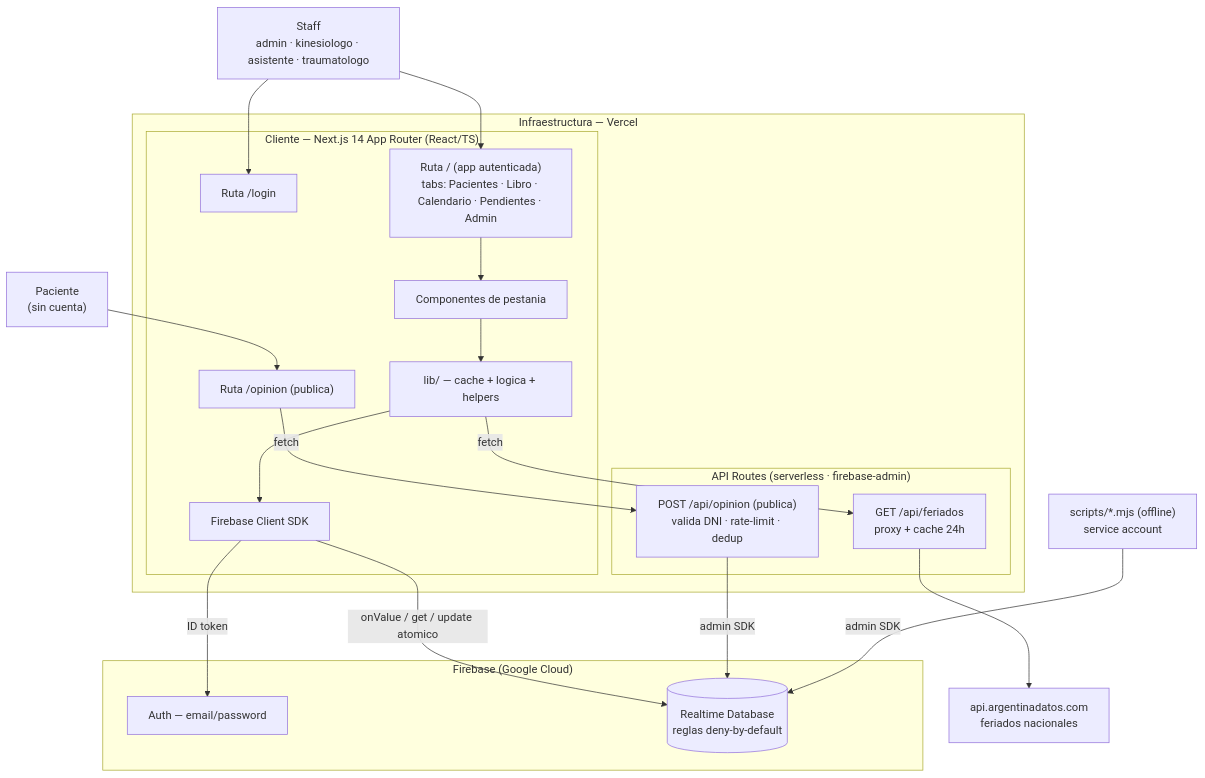
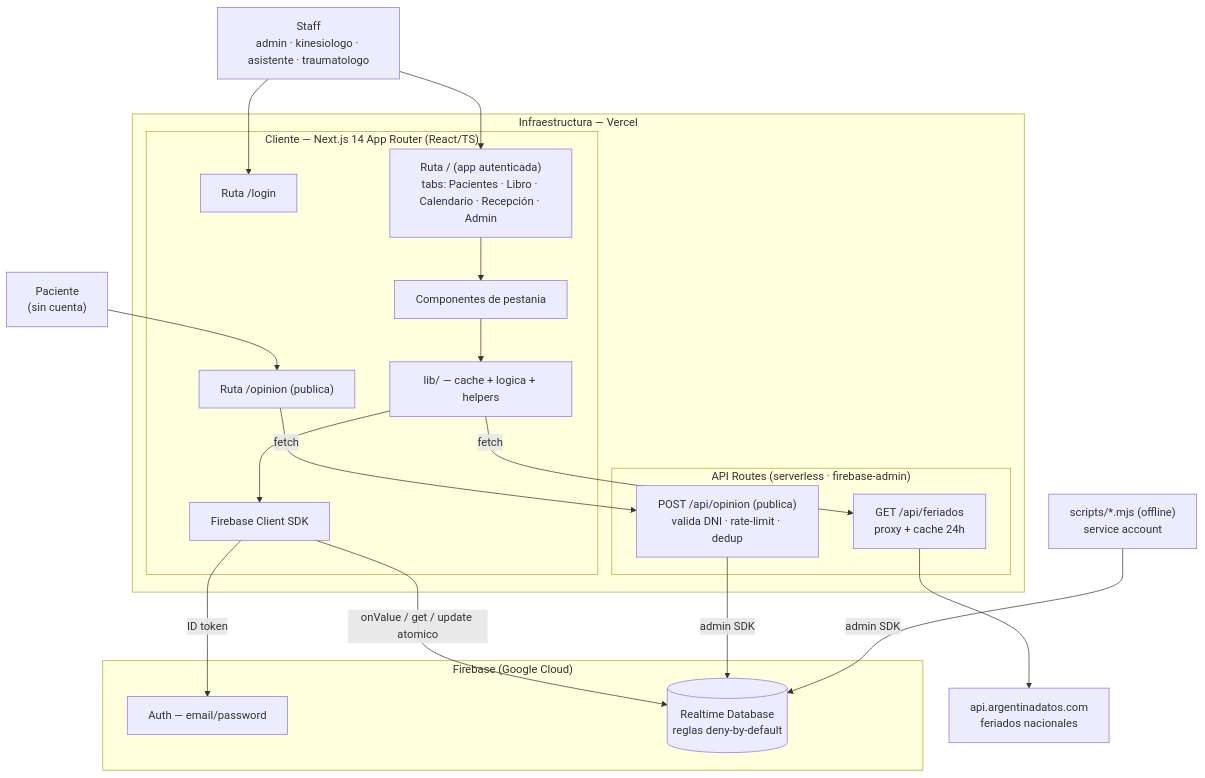
Before and after one commit to joacoz29/crudkinesiologia: the first of 3 diagrams in docs/architecture.md, drawn with Mermaid. The commit also changed other lines of this file and 2 other files, not shown here.

````diff
--- a/docs/architecture.md
+++ b/docs/architecture.md
@@ -20,42 +20,42 @@
 ```mermaid
 flowchart TB
     staff["Staff<br/>admin · kinesiologo · asistente · traumatologo"]
     pac["Paciente<br/>(sin cuenta)"]
 
     subgraph vercel["Infraestructura — Vercel"]
         subgraph cli["Cliente — Next.js 14 App Router (React/TS)"]
             login["Ruta /login"]
-            app["Ruta / (app autenticada)<br/>tabs: Pacientes · Libro · Calendario · Pendientes · Admin"]
+            app["Ruta / (app autenticada)<br/>tabs: Pacientes · Libro · Calendario · Recepción · Admin"]
             opi["Ruta /opinion (publica)"]
             comps["Componentes de pestania"]
             lib["lib/ — cache + logica + helpers"]
             sdk["Firebase Client SDK"]
         end
         subgraph api["API Routes (serverless · firebase-admin)"]
             apiop["POST /api/opinion (publica)<br/>valida DNI · rate-limit · dedup"]
             apife["GET /api/feriados<br/>proxy + cache 24h"]
         end
     end
 
     subgraph fb["Firebase (Google Cloud)"]
         fauth["Auth — email/password"]
         rtdb[("Realtime Database<br/>reglas deny-by-default")]
     end
 
     ext["api.argentinadatos.com<br/>feriados nacionales"]
     scripts["scripts/*.mjs (offline)<br/>service account"]
 
     staff --> login
     staff --> app
     pac --> opi
 
     app --> comps --> lib --> sdk
     opi -->|fetch| apiop
     lib -->|fetch| apife
 
     sdk -->|"onValue / get / update atomico"| rtdb
     sdk -->|"ID token"| fauth
     apiop -->|"admin SDK"| rtdb
     apife --> ext
     scripts -->|"admin SDK"| rtdb
 ```
````
